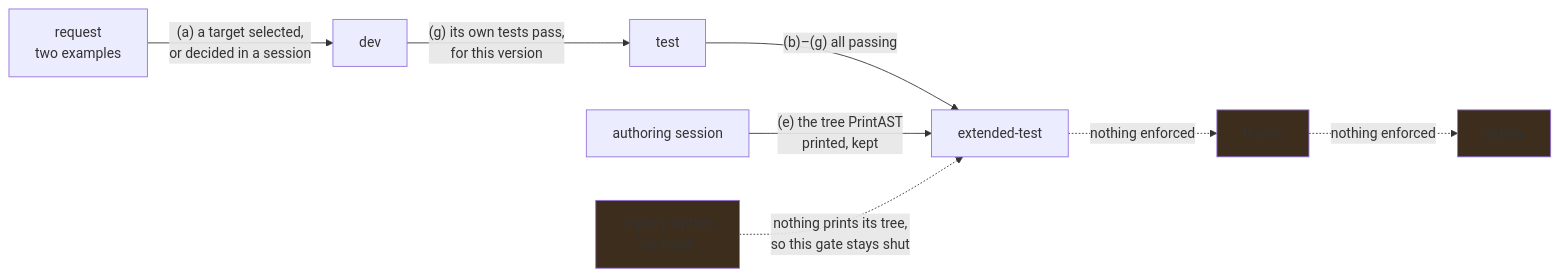
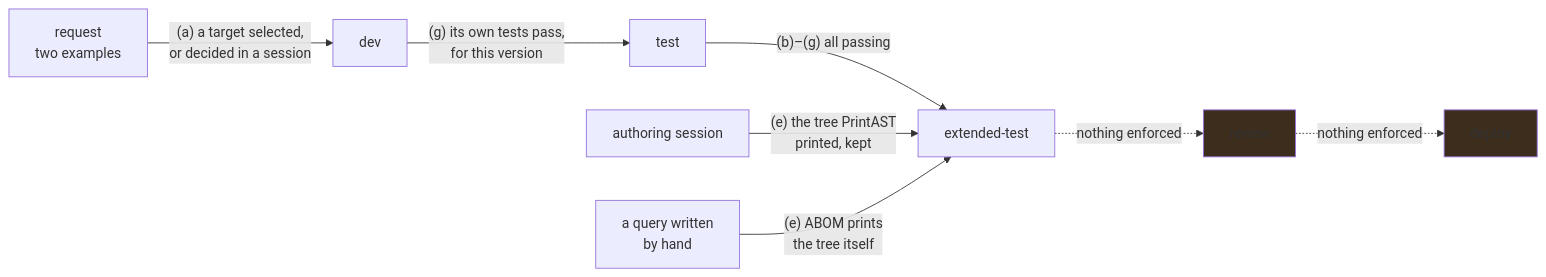
One commit to advanced-security/codeql-abom changed the diagram in plans/ql/query-authoring.md. Above: the diagram before and after it, drawn with Mermaid. The commit also changed other lines of this file and 141 other files, not shown here.

````diff
--- a/plans/ql/query-authoring.md
+++ b/plans/ql/query-authoring.md
@@ -74,13 +81,12 @@
 ```mermaid
 flowchart LR
     REQ["request<br/>two examples"] -->|"(a) a target selected,<br/>or decided in a session"| DEV["dev"]
     DEV -->|"(g) its own tests pass,<br/>for this version"| TEST["test"]
     TEST -->|"(b)–(g) all passing"| EXT["extended-test"]
     SES["authoring session"] -->|"(e) the tree PrintAST<br/>printed, kept"| EXT
-    HAND["a query written<br/>by hand"] -. "nothing prints its tree,<br/>so this gate stays shut" .-> EXT
+    HAND["a query written<br/>by hand"] -->|"(e) ABOM prints<br/>the tree itself"| EXT
     EXT -. "nothing enforced" .-> REV["review"]
     REV -. "nothing enforced" .-> DEP["deploy"]
-    style HAND fill:#3d2d1d
     style REV fill:#3d2d1d
     style DEP fill:#3d2d1d
 ```
````
